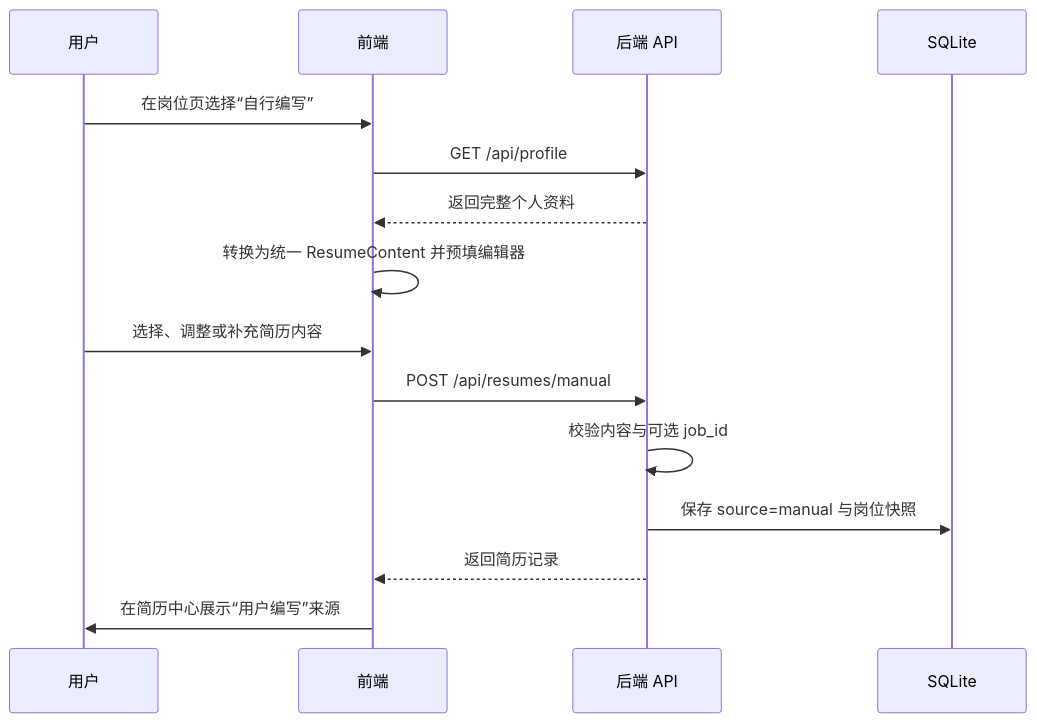
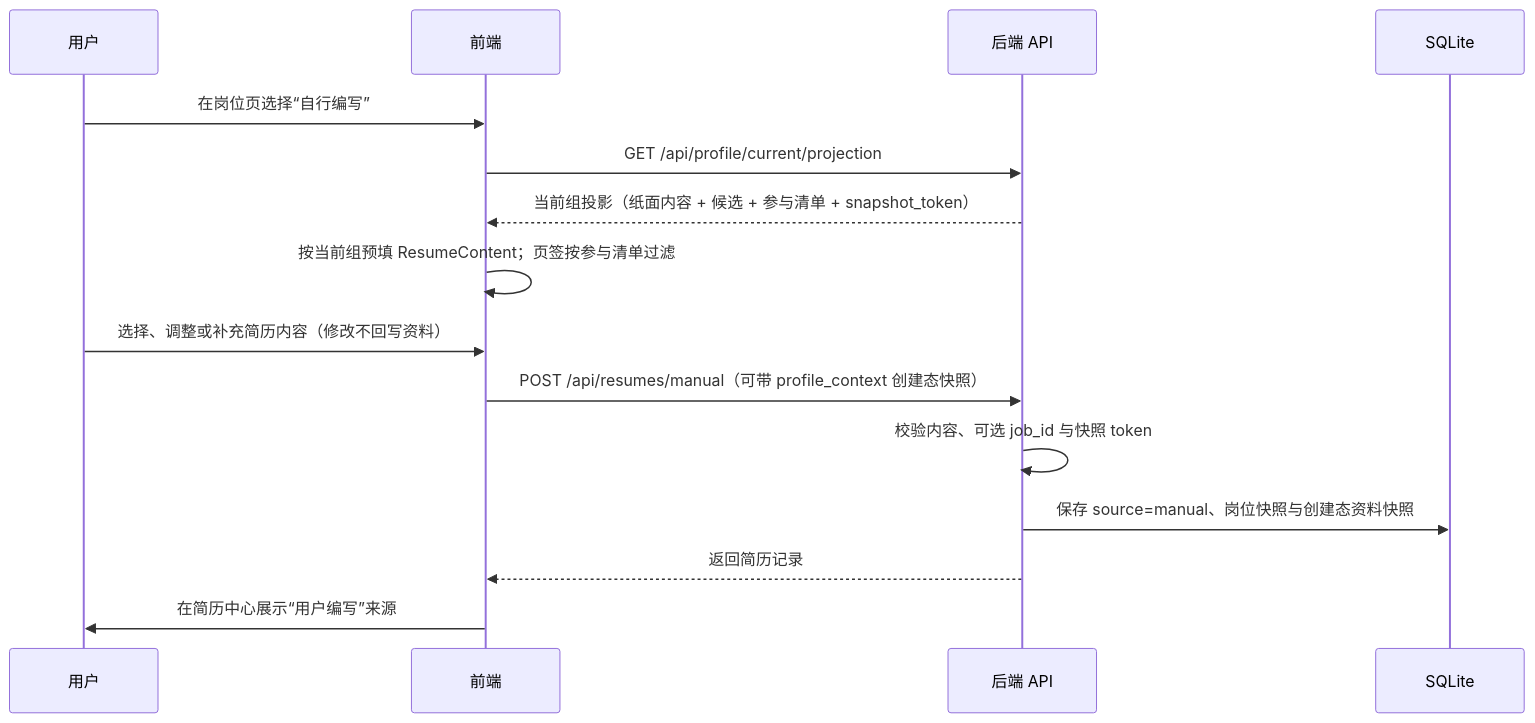
The fourth of 6 diagrams in docs/architecture.md (magicapple123/ResumeForge), drawn with Mermaid before and after one commit. The commit also changed other lines of this file and 381 other files, not shown here.

````diff
--- a/docs/architecture.md
+++ b/docs/architecture.md
@@ -223,18 +285,18 @@
 ```mermaid
 sequenceDiagram
     participant U as 用户
     participant F as 前端
     participant B as 后端 API
     participant DB as SQLite
 
     U->>F: 在岗位页选择“自行编写”
-    F->>B: GET /api/profile
-    B-->>F: 返回完整个人资料
-    F->>F: 转换为统一 ResumeContent 并预填编辑器
-    U->>F: 选择、调整或补充简历内容
-    F->>B: POST /api/resumes/manual
-    B->>B: 校验内容与可选 job_id
-    B->>DB: 保存 source=manual 与岗位快照
+    F->>B: GET /api/profile/current/projection
+    B-->>F: 当前组投影（纸面内容 + 候选 + 参与清单 + snapshot_token）
+    F->>F: 按当前组预填 ResumeContent；页签按参与清单过滤
+    U->>F: 选择、调整或补充简历内容（修改不回写资料）
+    F->>B: POST /api/resumes/manual（可带 profile_context 创建态快照）
+    B->>B: 校验内容、可选 job_id 与快照 token
+    B->>DB: 保存 source=manual、岗位快照与创建态资料快照
     B-->>F: 返回简历记录
     F->>U: 在简历中心展示“用户编写”来源
 ```
````
